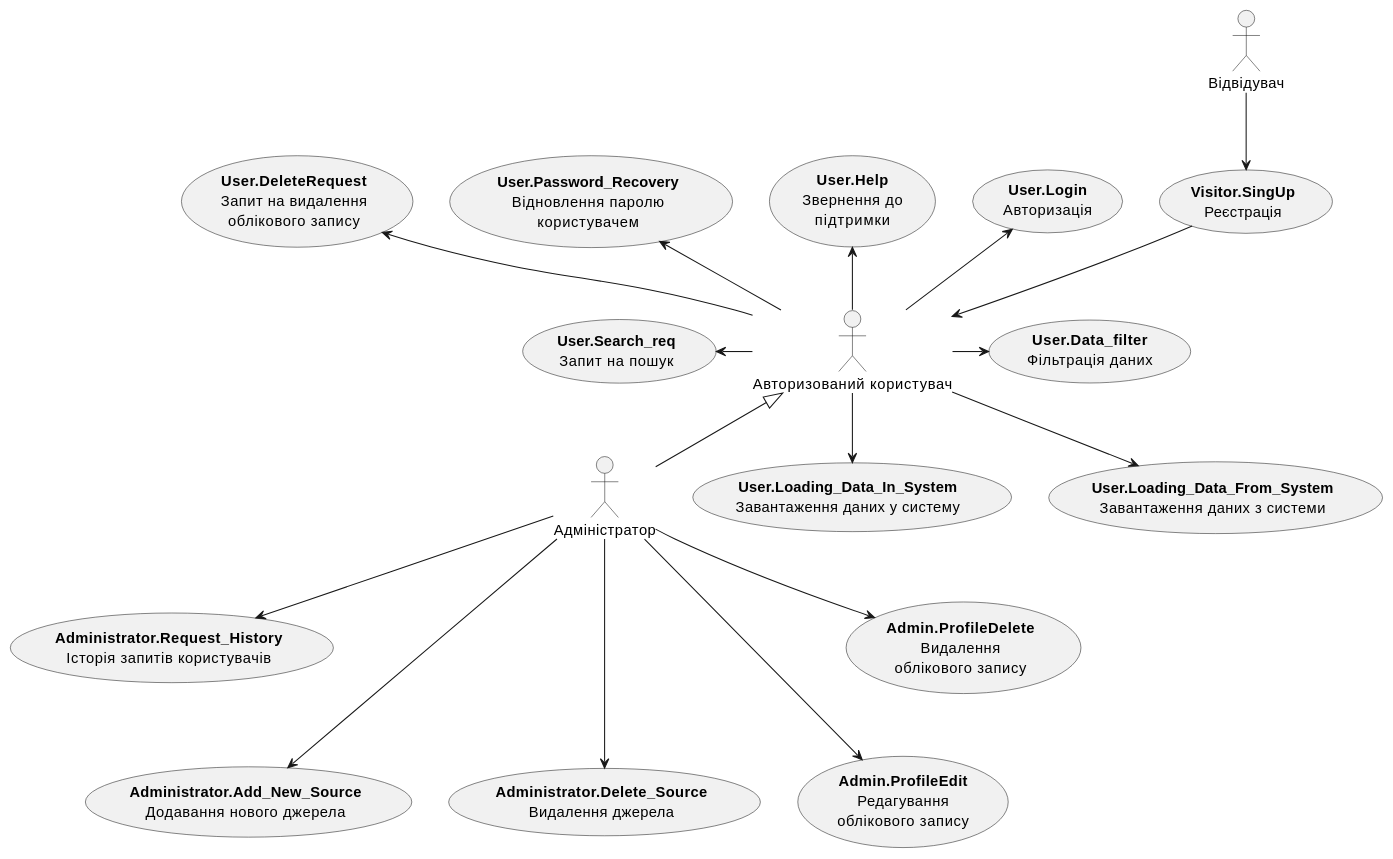
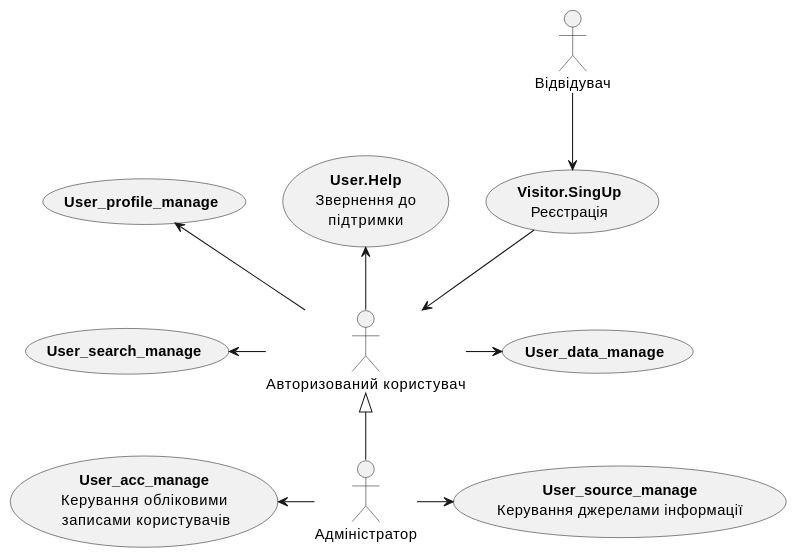
Before and after one commit to nonGratis/retarder-io-23-3: the first of 11 diagrams in docs/use cases/README.md, drawn with PlantUML.

Commit message:
refactor general UML

````diff
--- a/docs/use cases/README.md
+++ b/docs/use cases/README.md
@@ -5,47 +5,31 @@
 ```plantuml
 @startuml
 
 actor "Відвідувач" as Visitor
 actor "Авторизований користувач" as User
 actor "Адміністратор" as Admin
 
 usecase "<b>Visitor.SingUp</b>\nРеєстрація" as Visitor.SingUp
 
-usecase "<b>User.Login</b>\nАвторизація" as User.Login
 usecase "<b>User.Help</b>\nЗвернення до\nпідтримки" as User.Help
-usecase "<b>User.Password_Recovery</b>\nВідновлення паролю\nкористувачем" as User.Password_Recovery
-usecase "<b>User.DeleteRequest</b>\nЗапит на видалення\nоблікового запису" as User.DeleteRequest
-usecase "<b>User.Search_req</b>\nЗапит на пошук" as User.Search_req
-usecase "<b>User.Data_filter</b>\nФільтрація даних" as User.Data_filter
-usecase "<b>User.Loading_Data_In_System</b>\nЗавантаження даних у систему" as User.Loading_Data_In_System
-usecase "<b>User.Loading_Data_From_System</b>\nЗавантаження даних з системи" as User.Loading_Data_From_System
+usecase "<b>User_profile_manage</b>" as User_profile_manage
+usecase "<b>User_search_manage</b>" as User_search_manage
+usecase "<b>User_data_manage</b>" as User_data_manage
 
-usecase "<b>Administrator.Request_History</b>\nІсторія запитів користувачів" as Administrator.Request_History
-usecase "<b>Administrator.Add_New_Source</b>\nДодавання нового джерела" as Administrator.Add_New_Source
-usecase "<b>Administrator.Delete_Source</b>\nВидалення джерела" as Administrator.Delete_Source
-usecase "<b>Admin.ProfileEdit</b>\nРедагування\nоблікового запису" as Admin.ProfileEdit
-usecase "<b>Admin.ProfileDelete</b>\nВидалення\nоблікового запису" as Admin.ProfileDelete
+usecase "<b>User_acc_manage</b>\nКерування обліковими\n записами користувачів" as ManageAccount 
+usecase "<b>User_source_manage</b>\nКерування джерелами інформації" as ManageSource
 
+Visitor -d-> Visitor.SingUp
+Visitor.SingUp -d-> User
 Admin -u-|> User
 
-Visitor -d-> Visitor.SingUp
+User -u-> User.Help
+User -u-> User_profile_manage
+User -l-> User_search_manage
+User -r-> User_data_manage
 
-Visitor.SingUp -d-> User
-
-User -u-> User.Login
-User -u-> User.Help
-User -u-> User.Password_Recovery
-User -u-> User.DeleteRequest
-User -l-> User.Search_req
-User -r-> User.Data_filter
-User -d-> User.Loading_Data_In_System
-User --> User.Loading_Data_From_System
-
-Admin --> Administrator.Request_History
-Admin ---> Administrator.Add_New_Source
-Admin ---> Administrator.Delete_Source
-Admin ---> Admin.ProfileEdit
-Admin -d-> Admin.ProfileDelete
+Admin -l-> ManageAccount
+Admin -r-> ManageSource
 
 @enduml
 ```
````
